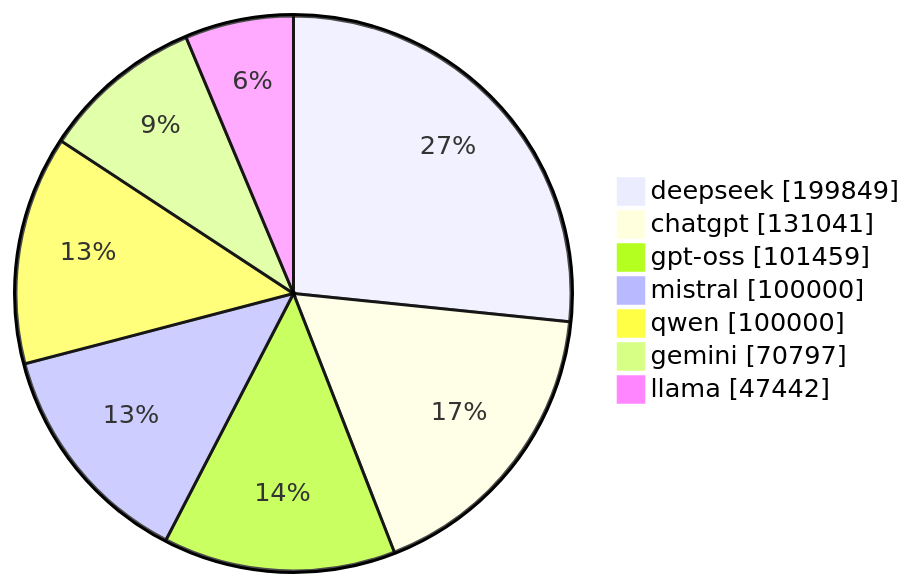
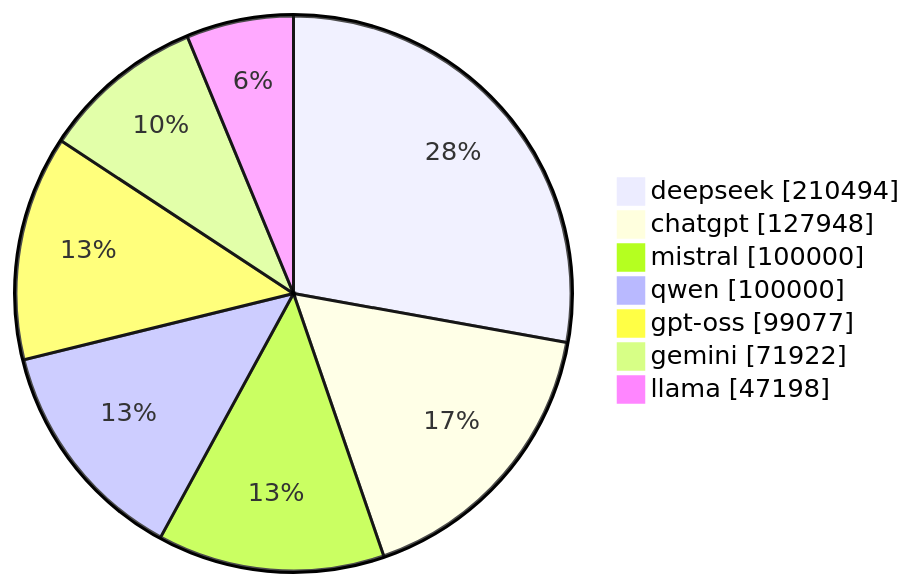
One commit to gqgs/llm100kbench changed the diagram in README.md. Above: the diagram before and after it, drawn with Mermaid. The commit also changed other lines of this file and 17 other files, not shown here.

````diff
--- a/README.md
+++ b/README.md
@@ -50,10 +50,10 @@
 ```mermaid
 pie showData
-    "deepseek" : 199849
-    "chatgpt" : 131041
-    "gpt-oss" : 101459
+    "deepseek" : 210494
+    "chatgpt" : 127948
     "mistral" : 100000
     "qwen" : 100000
-    "gemini" : 70797
-    "llama" : 47442
+    "gpt-oss" : 99077
+    "gemini" : 71922
+    "llama" : 47198
 ```
````
